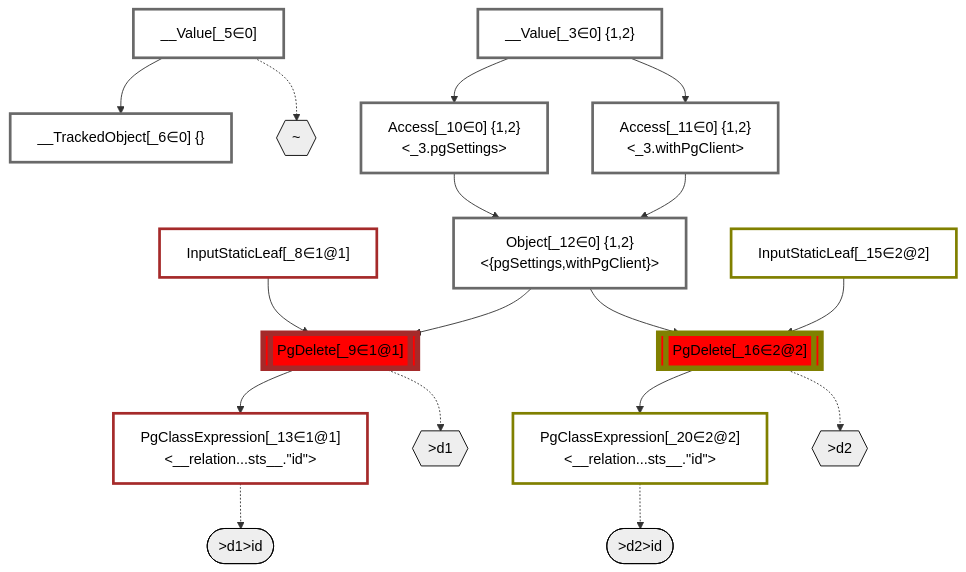
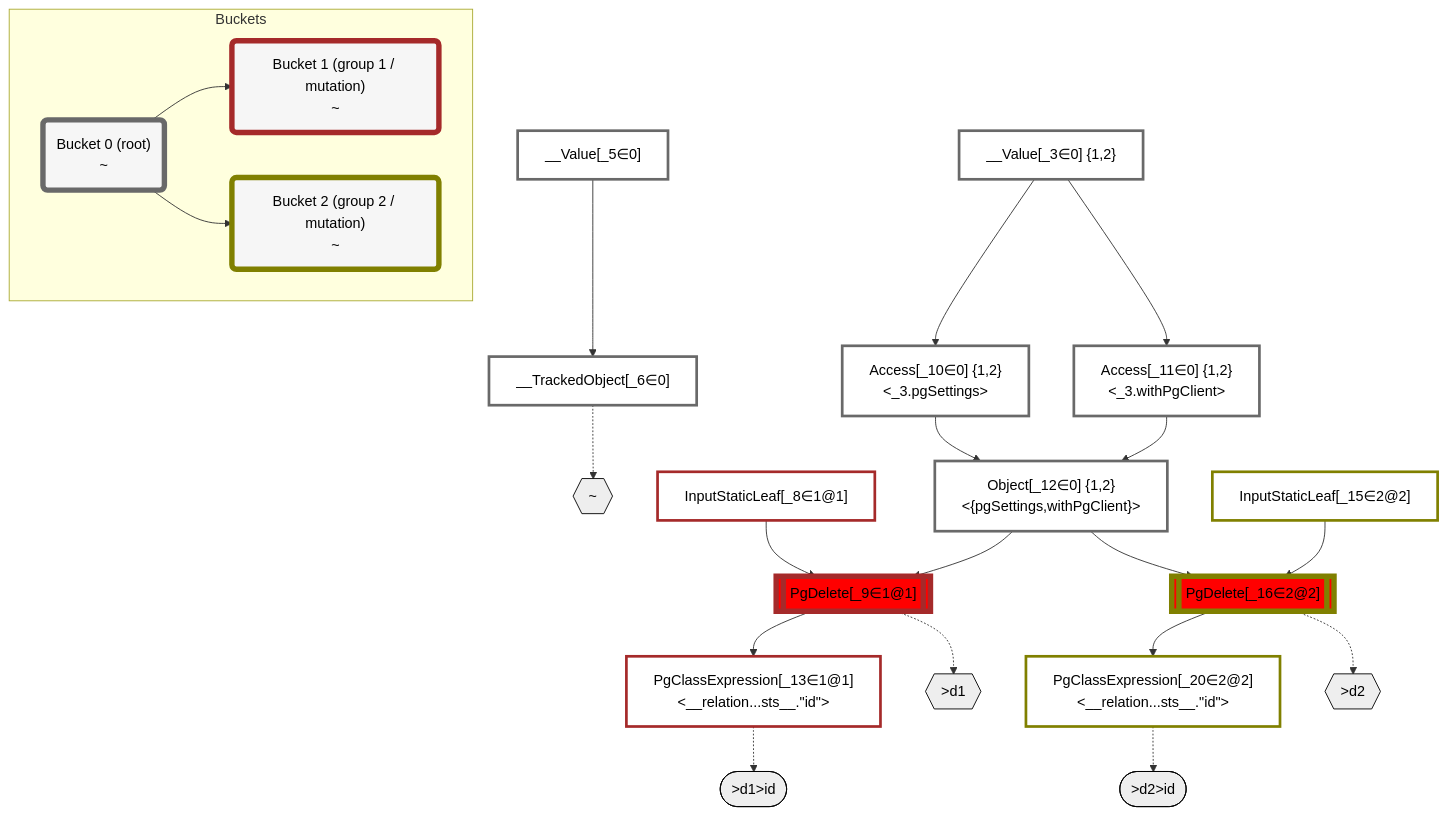
One commit to graphile/crystal changed the diagram in packages/dataplan-pg/__tests__/mutations/basics/delete-relational-post-no-computed.deopt.mermaid.md. Above: the diagram before and after it, drawn with Mermaid. The commit also changed 195 other files, not shown here.

````diff
--- a/packages/dataplan-pg/__tests__/mutations/basics/delete-relational-post-no-computed.deopt.mermaid.md
+++ b/packages/dataplan-pg/__tests__/mutations/basics/delete-relational-post-no-computed.deopt.mermaid.md
@@ -1,61 +1,73 @@
 ```mermaid
 graph TD
     classDef path fill:#eee,stroke:#000,color:#000
     classDef plan fill:#fff,stroke-width:3px,color:#000
     classDef itemplan fill:#fff,stroke-width:6px,color:#000
     classDef sideeffectplan fill:#f00,stroke-width:6px,color:#000
+    classDef bucket fill:#f6f6f6,color:#000,stroke-width:6px
 
     %% subgraph fields
     P1{{"~"}}:::path
     P2{{">d1"}}:::path
     P3([">d1>id"]):::path
     %% P2 -.-> P3
     %% P1 -.-> P2
     P4{{">d2"}}:::path
     P5([">d2>id"]):::path
     %% P4 -.-> P5
     %% P1 -.-> P4
     %% end
 
     %% define plans
     __Value_3["__Value[_3∈0] {1,2}<br /><context>"]:::plan
     __Value_5["__Value[_5∈0]<br /><rootValue>"]:::plan
-    __TrackedObject_6["__TrackedObject[_6∈0] {}"]:::plan
+    __TrackedObject_6["__TrackedObject[_6∈0]"]:::plan
     InputStaticLeaf_8["InputStaticLeaf[_8∈1@1]"]:::plan
     PgDelete_9[["PgDelete[_9∈1@1]"]]:::sideeffectplan
     Access_10["Access[_10∈0] {1,2}<br /><_3.pgSettings>"]:::plan
     Access_11["Access[_11∈0] {1,2}<br /><_3.withPgClient>"]:::plan
     Object_12["Object[_12∈0] {1,2}<br /><{pgSettings,withPgClient}>"]:::plan
     PgClassExpression_13["PgClassExpression[_13∈1@1]<br /><__relation...sts__.#quot;id#quot;>"]:::plan
     InputStaticLeaf_15["InputStaticLeaf[_15∈2@2]"]:::plan
     PgDelete_16[["PgDelete[_16∈2@2]"]]:::sideeffectplan
     PgClassExpression_20["PgClassExpression[_20∈2@2]<br /><__relation...sts__.#quot;id#quot;>"]:::plan
 
     %% plan dependencies
     __Value_5 --> __TrackedObject_6
     Object_12 --> PgDelete_9
     InputStaticLeaf_8 --> PgDelete_9
     __Value_3 --> Access_10
     __Value_3 --> Access_11
     Access_10 --> Object_12
     Access_11 --> Object_12
     PgDelete_9 --> PgClassExpression_13
     Object_12 --> PgDelete_16
     InputStaticLeaf_15 --> PgDelete_16
     PgDelete_16 --> PgClassExpression_20
 
     %% plan-to-path relationships
-    __Value_5 -.-> P1
+    __TrackedObject_6 -.-> P1
     PgDelete_9 -.-> P2
     PgClassExpression_13 -.-> P3
     PgDelete_16 -.-> P4
     PgClassExpression_20 -.-> P5
 
     %% allocate buckets
     classDef bucket0 stroke:#696969
     class __Value_3,__Value_5,__TrackedObject_6,Access_10,Access_11,Object_12 bucket0
     classDef bucket1 stroke:#a52a2a
     class InputStaticLeaf_8,PgDelete_9,PgClassExpression_13 bucket1
     classDef bucket2 stroke:#808000
     class InputStaticLeaf_15,PgDelete_16,PgClassExpression_20 bucket2
+
+    subgraph Buckets
+    Bucket0("Bucket 0 (root)<br />~"):::bucket
+    style Bucket0 stroke:#696969
+    Bucket1("Bucket 1 (group 1 / mutation)<br />~"):::bucket
+    style Bucket1 stroke:#a52a2a
+    Bucket0 --> Bucket1
+    Bucket2("Bucket 2 (group 2 / mutation)<br />~"):::bucket
+    style Bucket2 stroke:#808000
+    Bucket0 --> Bucket2
+    end
 ```
````
